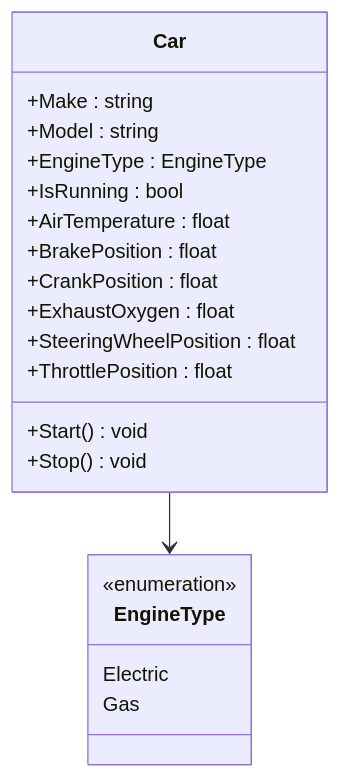
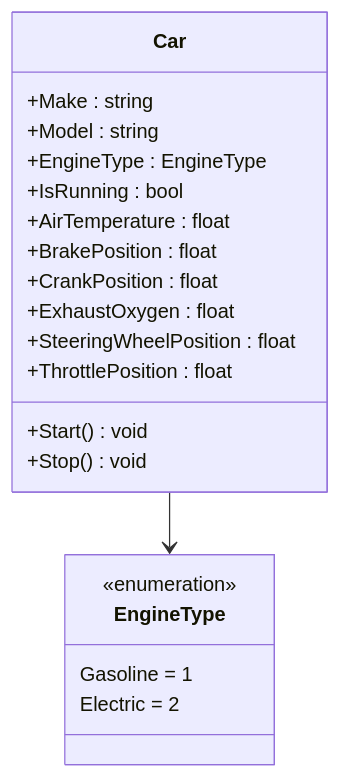
One commit to MelGrubb/ps-oo-cs10 changed the diagram in 04-solid.md. Above: the diagram before and after it, drawn with Mermaid. The commit also changed other lines of this file and 8 other files, not shown here.

````diff
--- a/04-solid.md
+++ b/04-solid.md
@@ -7,24 +7,24 @@
 ```mermaid
 classDiagram
 	class Car {
 		+Make : string
 		+Model : string
 		+EngineType : EngineType
 		+IsRunning : bool
 		+AirTemperature : float
 		+BrakePosition : float
 		+CrankPosition : float
 		+ExhaustOxygen : float
 		+SteeringWheelPosition : float
 		+ThrottlePosition : float
 		+Start() void
 		+Stop() void
 	}
 	Car --> EngineType
 
 	class EngineType {
 		<<enumeration>>
-		Electric
-		Gas
+		Gasoline = 1
+		Electric = 2
 	}
 ```
````
